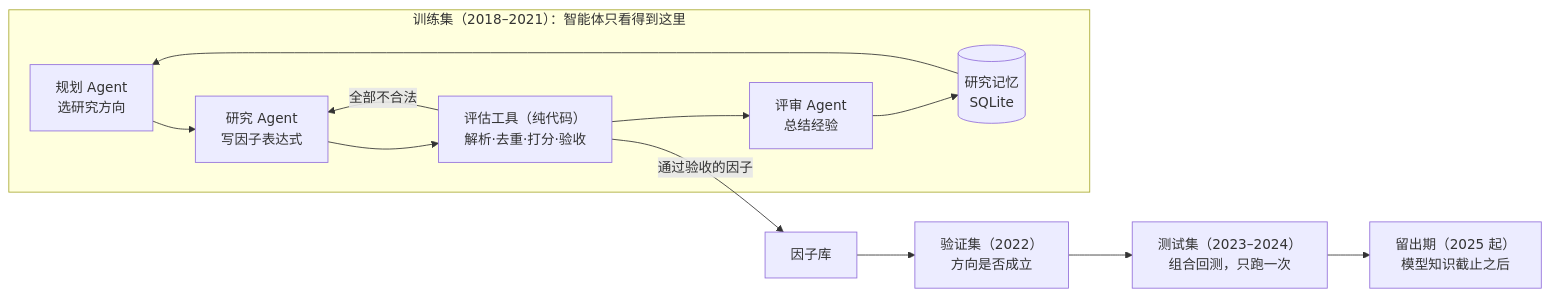
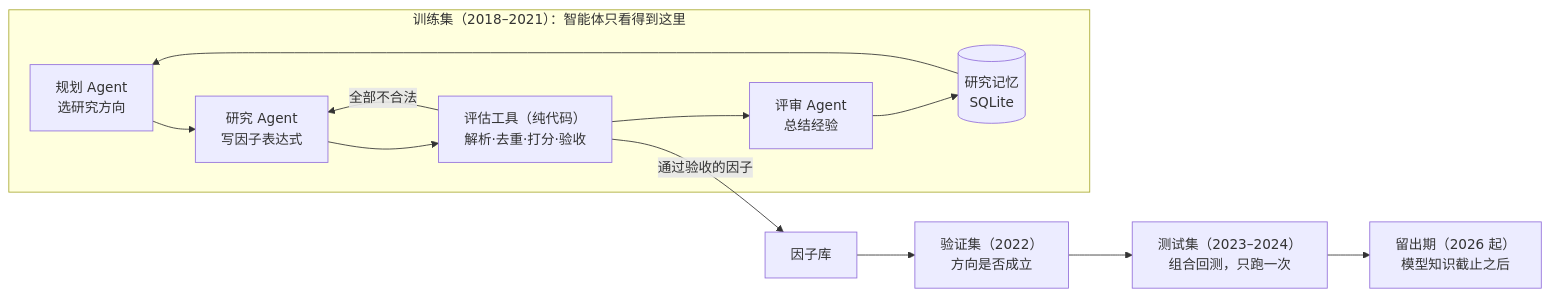
The diagram in README.md (yuhang2551/timefence-mini), drawn with Mermaid before and after one commit. The commit also changed other lines of this file and 8 other files, not shown here.

````diff
--- a/README.md
+++ b/README.md
@@ -11,15 +11,15 @@
 ```mermaid
 flowchart LR
     subgraph train["训练集（2018–2021）：智能体只看得到这里"]
         P[规划 Agent<br/>选研究方向] --> R[研究 Agent<br/>写因子表达式]
         R --> J[评估工具（纯代码）<br/>解析·去重·打分·验收]
         J -->|全部不合法| R
         J --> V[评审 Agent<br/>总结经验]
         V --> M[(研究记忆<br/>SQLite)]
         M --> P
     end
     J -->|通过验收的因子| L[因子库]
     L --> VA["验证集（2022）<br/>方向是否成立"]
     VA --> T["测试集（2023–2024）<br/>组合回测，只跑一次"]
-    T --> H["留出期（2025 起）<br/>模型知识截止之后"]
+    T --> H["留出期（2026 起）<br/>模型知识截止之后"]
 ```
````
